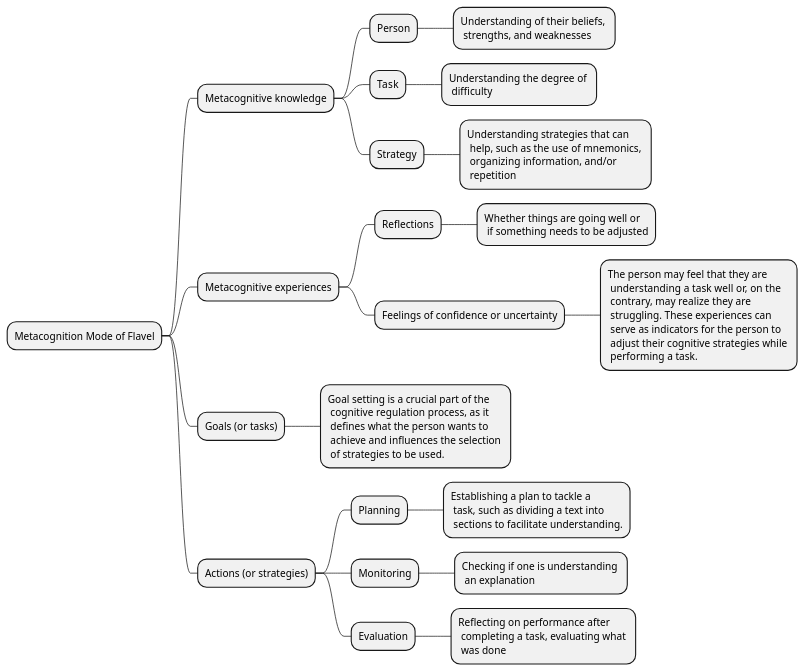
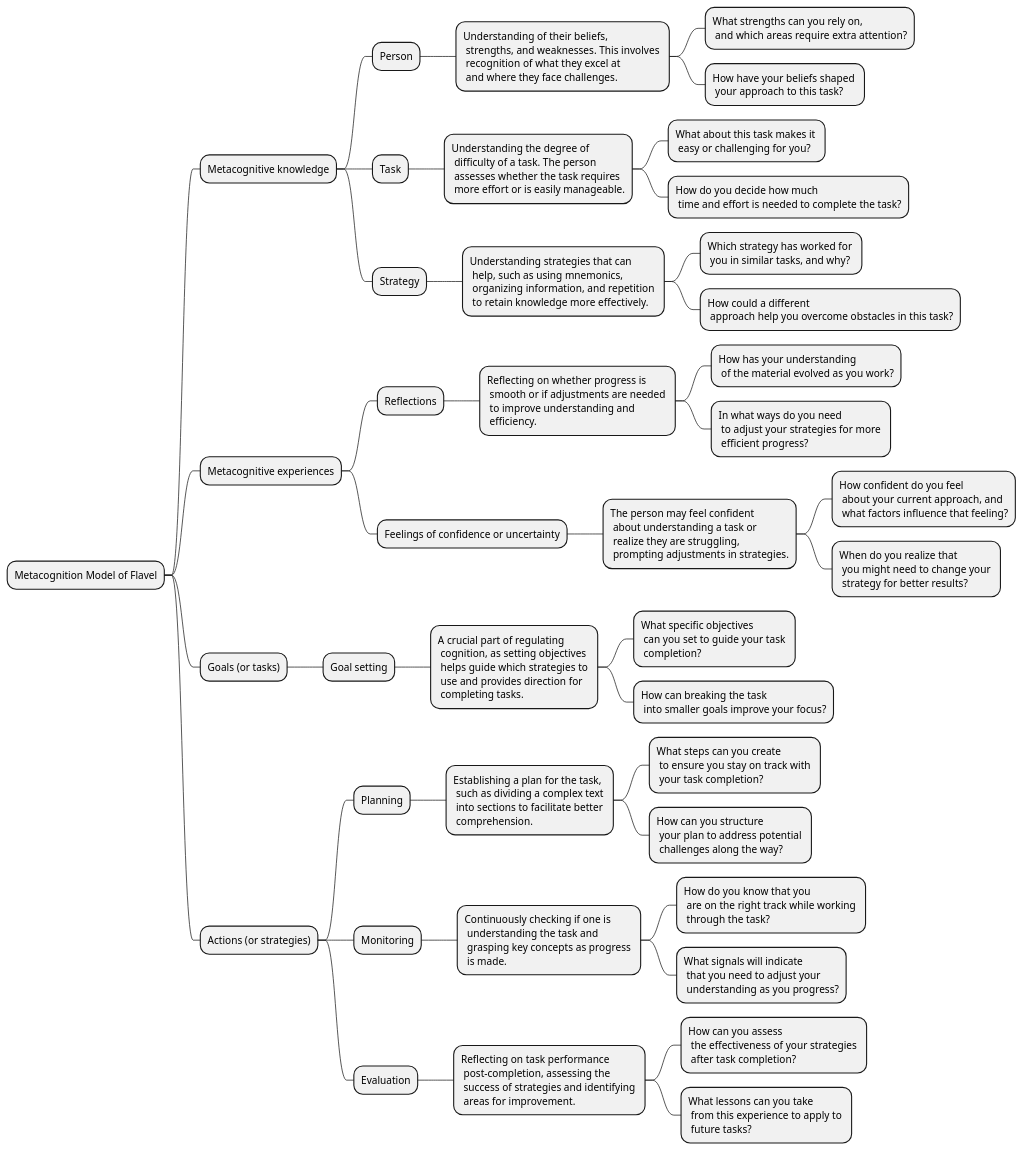
The diagram in CSEDU2025/flavell.puml (rodrigoprestesmachado/codespaces-blank), drawn with PlantUML before and after one commit. The commit also changed 13 other files, not shown here.

```diff
--- a/CSEDU2025/flavell.puml
+++ b/CSEDU2025/flavell.puml
@@ -1,33 +1,43 @@
 @startmindmap
-
-* Metacognition Mode of Flavel
-** Metacognitive knowledge
-*** Person
-**** Understanding of their beliefs, \n strengths, and weaknesses
-
-*** Task
-**** Understanding the degree of \n difficulty
-
-*** Strategy
-**** Understanding strategies that can \n help, such as the use of mnemonics, \n organizing information, and/or \n repetition
-
-** Metacognitive experiences
-*** Reflections
-**** Whether things are going well or \n if something needs to be adjusted
-
-*** Feelings of confidence or uncertainty
-**** The person may feel that they are \n understanding a task well or, on the \n contrary, may realize they are \n struggling. These experiences can \n serve as indicators for the person to \n adjust their cognitive strategies while \n performing a task.
-
-** Goals (or tasks)
-*** Goal setting is a crucial part of the \n cognitive regulation process, as it \n defines what the person wants to \n achieve and influences the selection \n of strategies to be used.
-
-** Actions (or strategies)
-*** Planning
-**** Establishing a plan to tackle a \n task, such as dividing a text into \n sections to facilitate understanding.
-
-*** Monitoring
-**** Checking if one is understanding \n an explanation
-
-*** Evaluation
-**** Reflecting on performance after \n completing a task, evaluating what \n was done 
+* Metacognition Model of Flavel
+    ** Metacognitive knowledge
+        *** Person
+            **** Understanding of their beliefs, \n strengths, and weaknesses. This involves \n recognition of what they excel at \n and where they face challenges.
+                ***** What strengths can you rely on, \n and which areas require extra attention?
+                ***** How have your beliefs shaped \n your approach to this task?
+        *** Task
+            **** Understanding the degree of \n difficulty of a task. The person \n assesses whether the task requires \n more effort or is easily manageable.
+                ***** What about this task makes it \n easy or challenging for you?
+                ***** How do you decide how much \n time and effort is needed to complete the task?
+        *** Strategy
+            **** Understanding strategies that can \n help, such as using mnemonics, \n organizing information, and repetition \n to retain knowledge more effectively.
+                ***** Which strategy has worked for \n you in similar tasks, and why?
+                ***** How could a different \n approach help you overcome obstacles in this task?
+    ** Metacognitive experiences
+        *** Reflections
+            **** Reflecting on whether progress is \n smooth or if adjustments are needed \n to improve understanding and \n efficiency.
+                ***** How has your understanding \n of the material evolved as you work?
+                ***** In what ways do you need \n to adjust your strategies for more \n efficient progress?
+        *** Feelings of confidence or uncertainty
+            **** The person may feel confident \n about understanding a task or \n realize they are struggling, \n prompting adjustments in strategies.
+                ***** How confident do you feel \n about your current approach, and \n what factors influence that feeling?
+                ***** When do you realize that \n you might need to change your \n strategy for better results?
+    ** Goals (or tasks)
+        *** Goal setting
+            **** A crucial part of regulating \n cognition, as setting objectives \n helps guide which strategies to \n use and provides direction for \n completing tasks.
+                ***** What specific objectives \n can you set to guide your task \n completion?
+                ***** How can breaking the task \n into smaller goals improve your focus?
+    ** Actions (or strategies)
+        *** Planning
+            **** Establishing a plan for the task, \n such as dividing a complex text \n into sections to facilitate better \n comprehension.
+                ***** What steps can you create \n to ensure you stay on track with \n your task completion?
+                ***** How can you structure \n your plan to address potential \n challenges along the way?
+        *** Monitoring
+            **** Continuously checking if one is \n understanding the task and \n grasping key concepts as progress \n is made.
+                ***** How do you know that you \n are on the right track while working \n through the task?
+                ***** What signals will indicate \n that you need to adjust your \n understanding as you progress?
+        *** Evaluation
+            **** Reflecting on task performance \n post-completion, assessing the \n success of strategies and identifying \n areas for improvement.
+                ***** How can you assess \n the effectiveness of your strategies \n after task completion?
+                ***** What lessons can you take \n from this experience to apply to \n future tasks?
 @endmindmap
```
